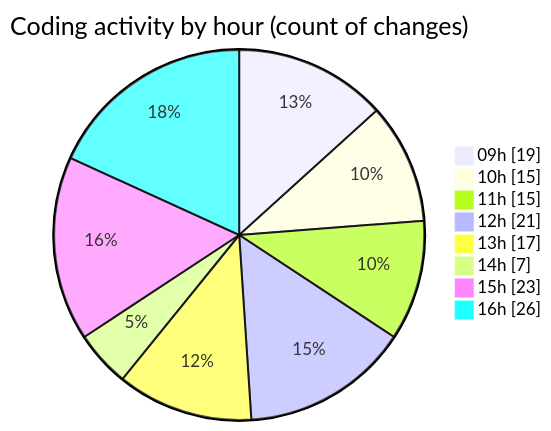
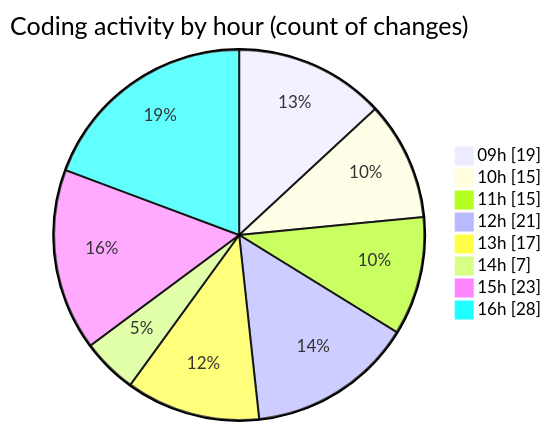
The second of 2 diagrams in 2025-09-05/cda/README.md (momahboobian/code-tracking), drawn with Mermaid before and after one commit. The commit also changed other lines of this file and 1 other file, not shown here.

````diff
--- a/2025-09-05/cda/README.md
+++ b/2025-09-05/cda/README.md
@@ -37,12 +37,12 @@
 ```mermaid
 pie showData
 title Coding activity by hour (count of changes)
 "09h" : 19
 "10h" : 15
 "11h" : 15
 "12h" : 21
 "13h" : 17
 "14h" : 7
 "15h" : 23
-"16h" : 26
+"16h" : 28
 ```
````
